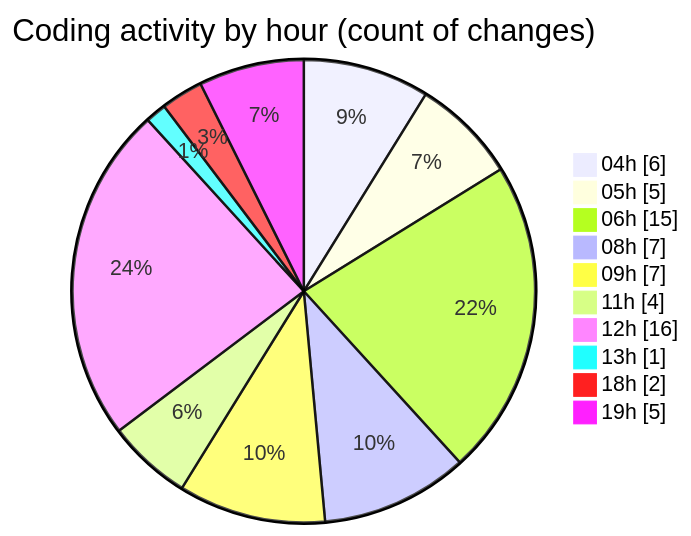
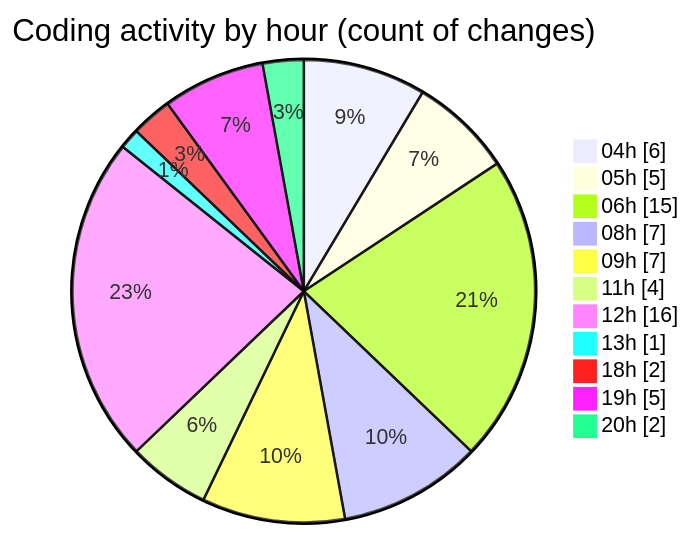
Before and after one commit to vahidmafi/code-tracking: the second of 2 diagrams in 2025-03-23/zeytoon/README.md, drawn with Mermaid. The commit also changed other lines of this file and 1 other file, not shown here.

````diff
--- a/2025-03-23/zeytoon/README.md
+++ b/2025-03-23/zeytoon/README.md
@@ -46,14 +48,15 @@
 ```mermaid
 pie showData
 title Coding activity by hour (count of changes)
 "04h" : 6
 "05h" : 5
 "06h" : 15
 "08h" : 7
 "09h" : 7
 "11h" : 4
 "12h" : 16
 "13h" : 1
 "18h" : 2
 "19h" : 5
+"20h" : 2
 ```
````
